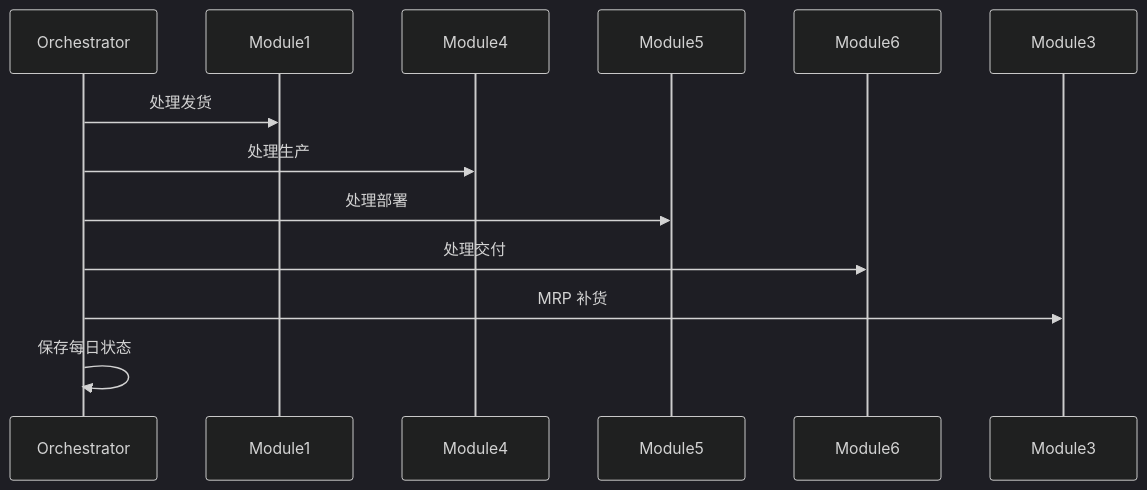
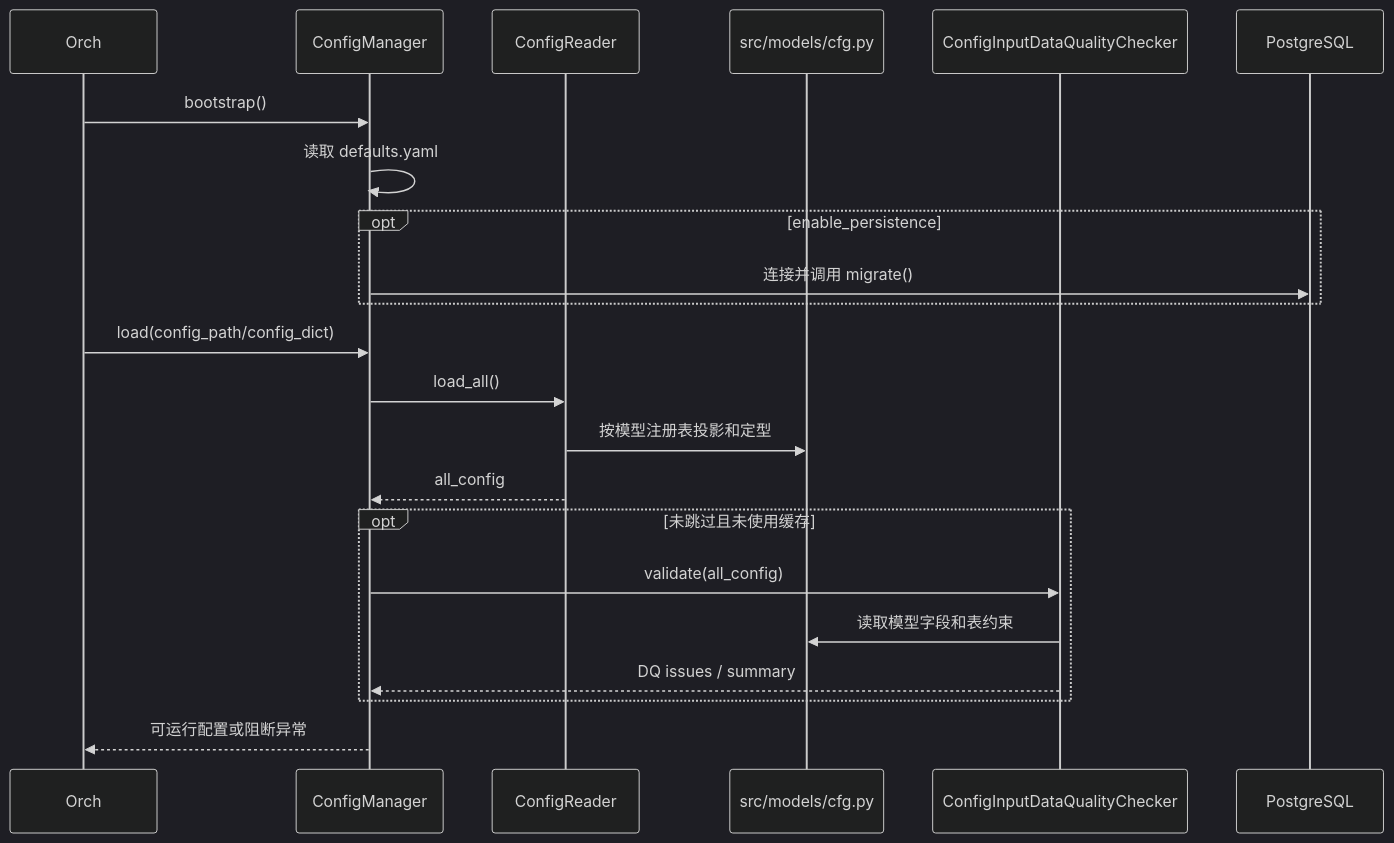
Before and after one commit to senzhang-ps/chainsight: the second of 2 diagrams in docs/architecture/core.md, drawn with Mermaid (dark theme). The commit also changed other lines of this file and 14 other files, not shown here.

````diff
--- a/docs/architecture/core.md
+++ b/docs/architecture/core.md
@@ -762,16 +98,25 @@
 ```mermaid
 sequenceDiagram
-    participant Orc as Orchestrator
-    participant M1 as Module1
-    participant M4 as Module4
-    participant M5 as Module5
-    participant M6 as Module6
-    participant M3 as Module3
+    participant O as Orch
+    participant C as ConfigManager
+    participant R as ConfigReader
+    participant M as src/models/cfg.py
+    participant D as ConfigInputDataQualityChecker
+    participant DB as PostgreSQL
 
-    Orc->>M1: 处理发货
-    Orc->>M4: 处理生产
-    Orc->>M5: 处理部署
-    Orc->>M6: 处理交付
-    Orc->>M3: MRP 补货
-    Orc->>Orc: 保存每日状态
+    O->>C: bootstrap()
+    C->>C: 读取 defaults.yaml
+    opt enable_persistence
+        C->>DB: 连接并调用 migrate()
+    end
+    O->>C: load(config_path/config_dict)
+    C->>R: load_all()
+    R->>M: 按模型注册表投影和定型
+    R-->>C: all_config
+    opt 未跳过且未使用缓存
+        C->>D: validate(all_config)
+        D->>M: 读取模型字段和表约束
+        D-->>C: DQ issues / summary
+    end
+    C-->>O: 可运行配置或阻断异常
 ```
````
